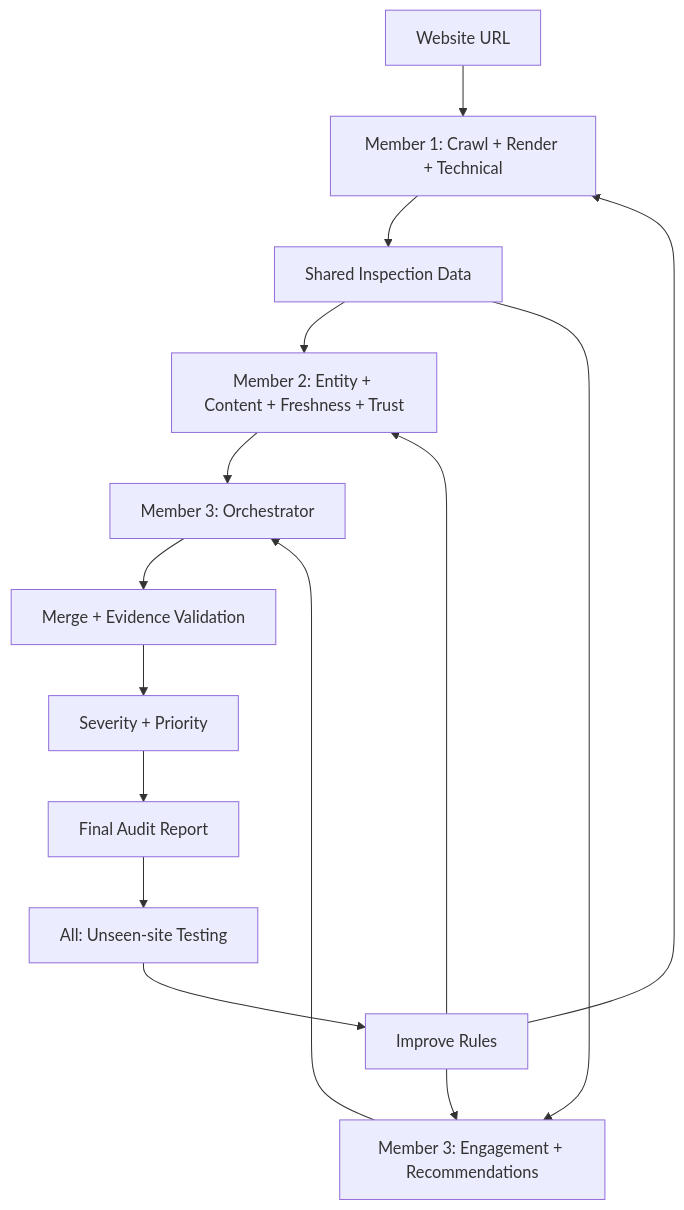
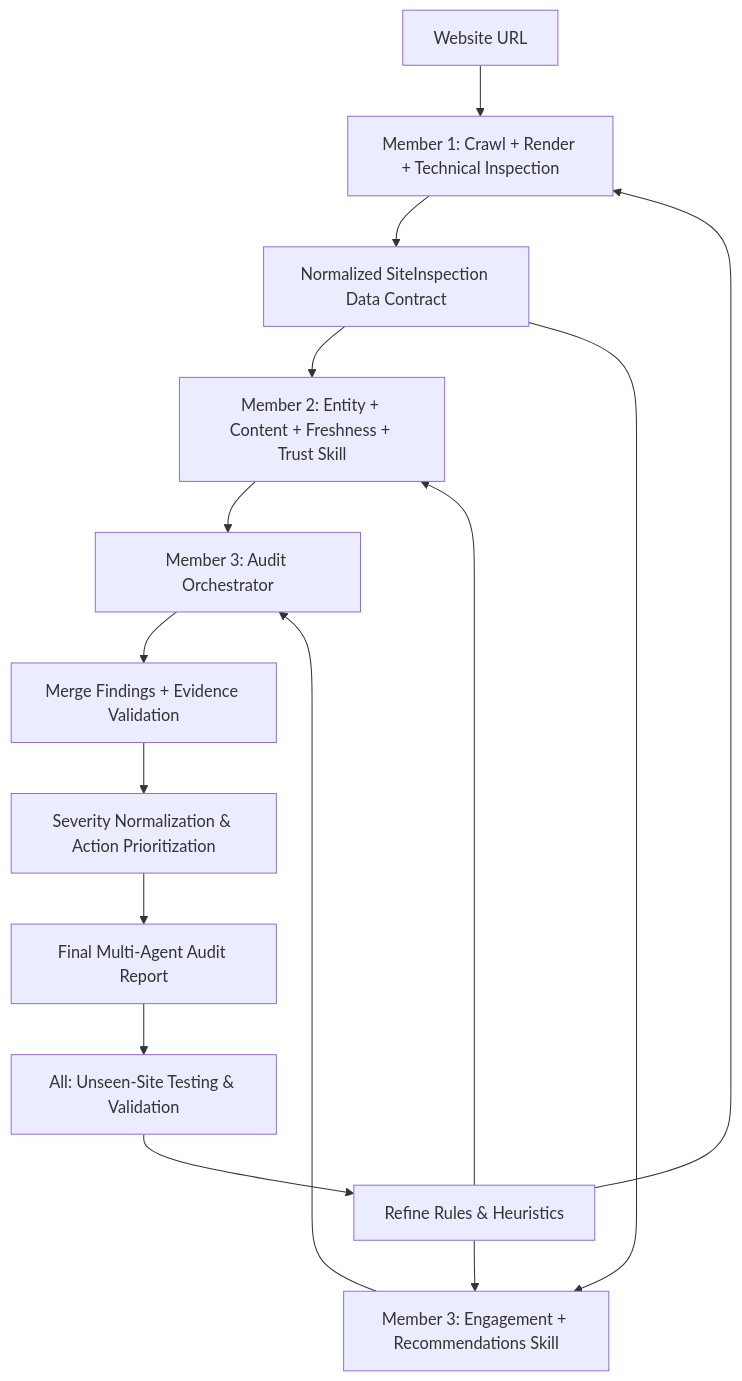
Before and after one commit to princeVerma73/adobe-agent-skill-marketplace: the first of 2 diagrams in docs/team-workflow.md, drawn with Mermaid. The commit also changed other lines of this file and 3 other files, not shown here.

Commit message:
docs: add technical architecture, workflow, and inspection layer documentation

````diff
--- a/docs/team-workflow.md
+++ b/docs/team-workflow.md
@@ -3,17 +7,17 @@
 ```mermaid
 flowchart TD
- A[Website URL] --> B[Member 1: Crawl + Render + Technical]
- B --> C[Shared Inspection Data]
- C --> D[Member 2: Entity + Content + Freshness + Trust]
- C --> E[Member 3: Engagement + Recommendations]
- D --> F[Member 3: Orchestrator]
- E --> F
- F --> G[Merge + Evidence Validation]
- G --> H[Severity + Priority]
- H --> I[Final Audit Report]
- I --> J[All: Unseen-site Testing]
- J --> K[Improve Rules]
- K --> B
- K --> D
- K --> E
+    A[Website URL] --> B[Member 1: Crawl + Render + Technical Inspection]
+    B --> C[Normalized SiteInspection Data Contract]
+    C --> D[Member 2: Entity + Content + Freshness + Trust Skill]
+    C --> E[Member 3: Engagement + Recommendations Skill]
+    D --> F[Member 3: Audit Orchestrator]
+    E --> F
+    F --> G[Merge Findings + Evidence Validation]
+    G --> H[Severity Normalization & Action Prioritization]
+    H --> I[Final Multi-Agent Audit Report]
+    I --> J[All: Unseen-Site Testing & Validation]
+    J --> K[Refine Rules & Heuristics]
+    K --> B
+    K --> D
+    K --> E
 ```
````
